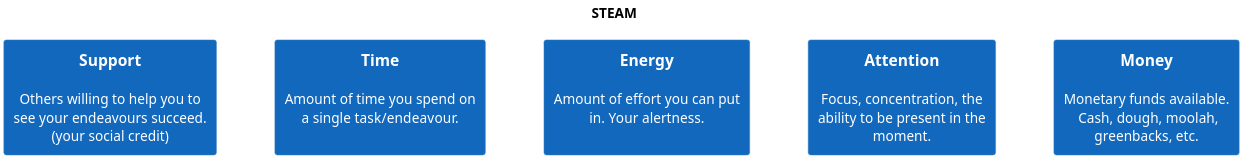
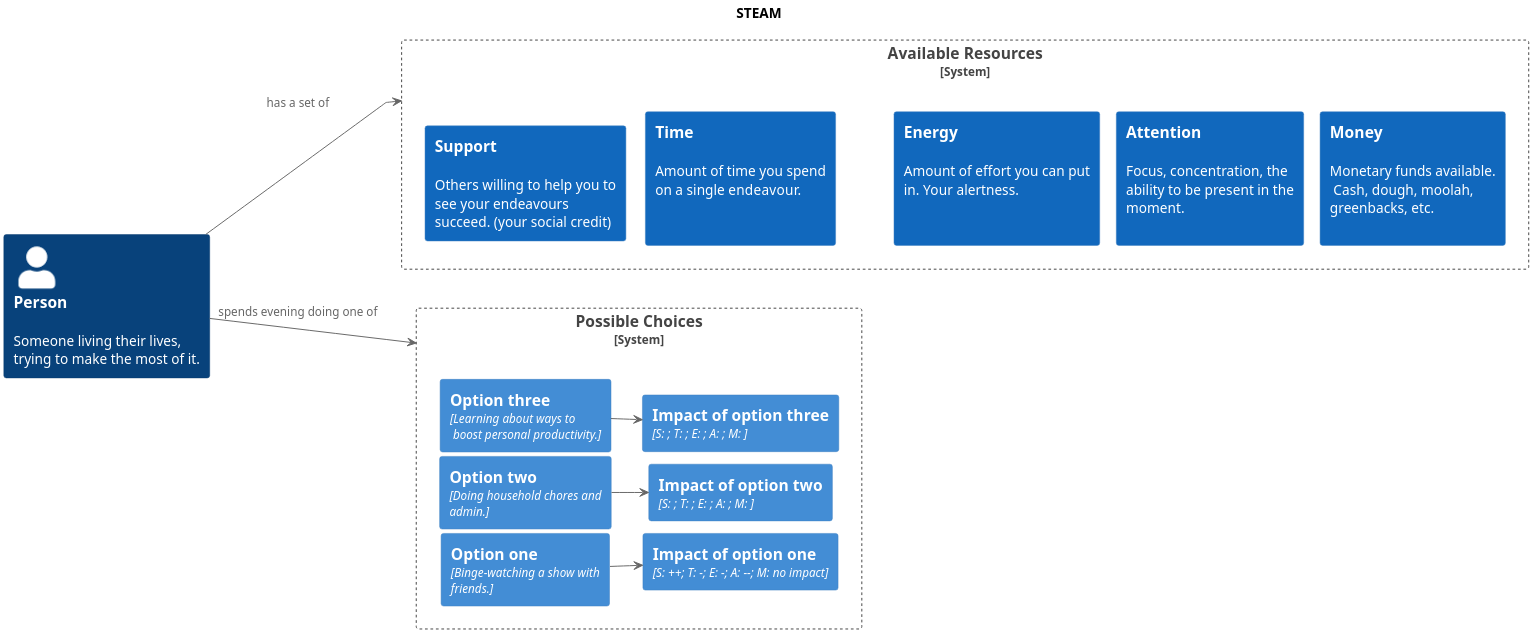
The diagram in src/images/STEAM.puml (sddevelopment-be/penguin-pragmatic-patterns), drawn with PlantUML before and after one commit.

Commit message:
Add diagram to illustrate STEAM pattern

```diff
--- a/src/images/STEAM.puml
+++ b/src/images/STEAM.puml
@@ -1,27 +1,67 @@
 @startuml
 title STEAM
 
 left to right direction
 
- !include https://raw.githubusercontent.com/plantuml-stdlib/C4-PlantUML/master/C4.puml
+!include https://raw.githubusercontent.com/plantuml-stdlib/C4-PlantUML/master/C4.puml
 !include https://raw.githubusercontent.com/plantuml-stdlib/C4-PlantUML/master/C4_Context.puml
 !include https://raw.githubusercontent.com/plantuml-stdlib/C4-PlantUML/master/C4_Container.puml
+!include https://raw.githubusercontent.com/plantuml-stdlib/C4-PlantUML/master/C4_Component.puml
 
 skinparam dpi 240
-skinParam maxMessageSize 160
+skinparam defaultTextAlignment left
+
+skinParam maxMessageSize 168
+skinparam wrapWidth 194
+skinparam nodesep 5
+skinparam ranksep 5
+
+skinparam linetype polyline
 
 hide stereotype
 hide footbox
 
-System(support, "Support", "Others willing to help you to see your endeavours succeed. (your social credit)")
-System(time, "Time", "Amount of time you spend on a single task/endeavour. \n")
-System(energy, "Energy", "Amount of effort you can put in. Your alertness. \n ")
-System(attention, "Attention", "Focus, concentration, the ability to be present in the moment.")
-System(money, "Money", "Monetary funds available. \n Cash, dough, moolah, greenbacks, etc.")
+System_Boundary(resources, "Available Resources") {
+    System(support, "Support", "Others willing to help you to see your endeavours succeed. (your social credit)")
+    System(time, "Time", "Amount of time you spend on a single endeavour. \n\n")
+    System(energy, "Energy", "Amount of effort you can put in. Your alertness. \n\n ")
+    System(attention, "Attention", "Focus, concentration, the ability to be present in the moment. \n")
+    System(money, "Money", "Monetary funds available. \n Cash, dough, moolah, greenbacks, etc. \n")
+}
+
+Person(person, "Person", "Someone living their lives, trying to make the most of it.", $tags="Element+Person")
+
+System_Boundary(choices, "Possible Choices") {
+    Container(optionOne, "Option one", "Binge-watching a show with friends.", $tags="Element+Container")
+    Container(optionTwo, "Option two", "Doing household chores and admin.", $tags="Element+Container")
+    Container(optionThree, "Option three", "Learning about ways to \n boost personal productivity.", $tags="Element+Container")
+
+    Container(impactOne, "Impact of option one", "S: ++; T: -; E: -; A: --; M: no impact")
+
+    Container(impactTwo, "Impact of option two", "S: ; T: ; E: ; A: ; M: ")
+    Container(impactThree, "Impact of option three", "S: ; T: ; E: ; A: ; M: ")
+}
+
+person --> resources: "has a set of"
+person --> choices: "spends evening doing one of"
+resources -right[hidden]-> choices
+
+person -[hidden]-> optionOne
+person -[hidden]-> support
 
 support-[hidden]->time
 time-[hidden]->energy
 energy-[hidden]->attention
 attention-[hidden]->money
 
+optionOne -right[hidden]-> optionTwo
+optionTwo -right[hidden]-> optionThree
+
+optionOne --> impactOne
+optionTwo --> impactTwo
+optionThree --> impactThree
+
+impactOne -left[hidden]-> impactTwo
+impactTwo -left[hidden]-> impactThree
+
 @enduml
```
